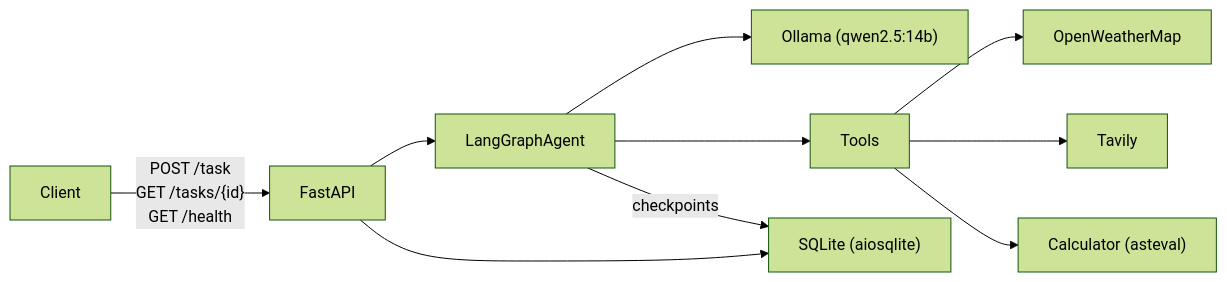
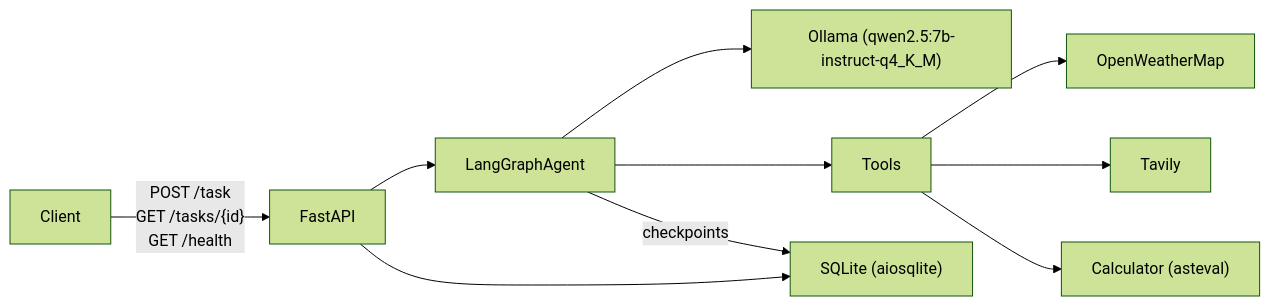
Before and after one commit to idantp/tufin-ai-agent: the first of 2 diagrams in README.md, drawn with Mermaid (forest theme). The commit also changed other lines of this file and 7 other files, not shown here.

````diff
--- a/README.md
+++ b/README.md
@@ -9,12 +9,12 @@
 ```mermaid
 flowchart LR
     Client -->|"POST /task\nGET /tasks/{id}\nGET /health"| FastAPI
     FastAPI --> LangGraphAgent
-    LangGraphAgent --> Ollama["Ollama (qwen2.5:14b)"]
+    LangGraphAgent --> Ollama["Ollama (qwen2.5:7b-instruct-q4_K_M)"]
     LangGraphAgent --> Tools
     Tools --> OpenWeatherMap
     Tools --> Tavily
     Tools --> Calculator["Calculator (asteval)"]
     FastAPI --> SQLite["SQLite (aiosqlite)"]
     LangGraphAgent -->|checkpoints| SQLite
 ```
````
